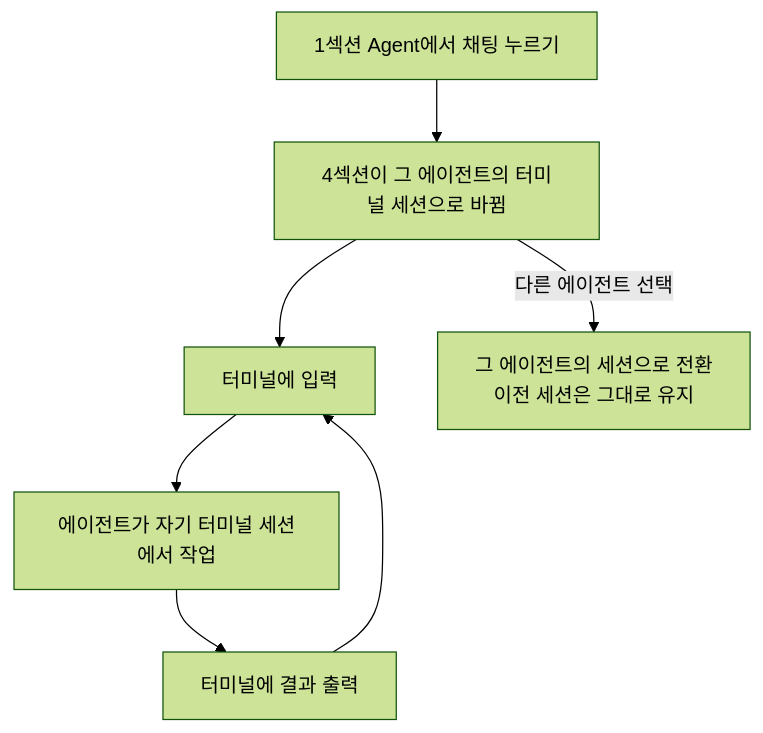
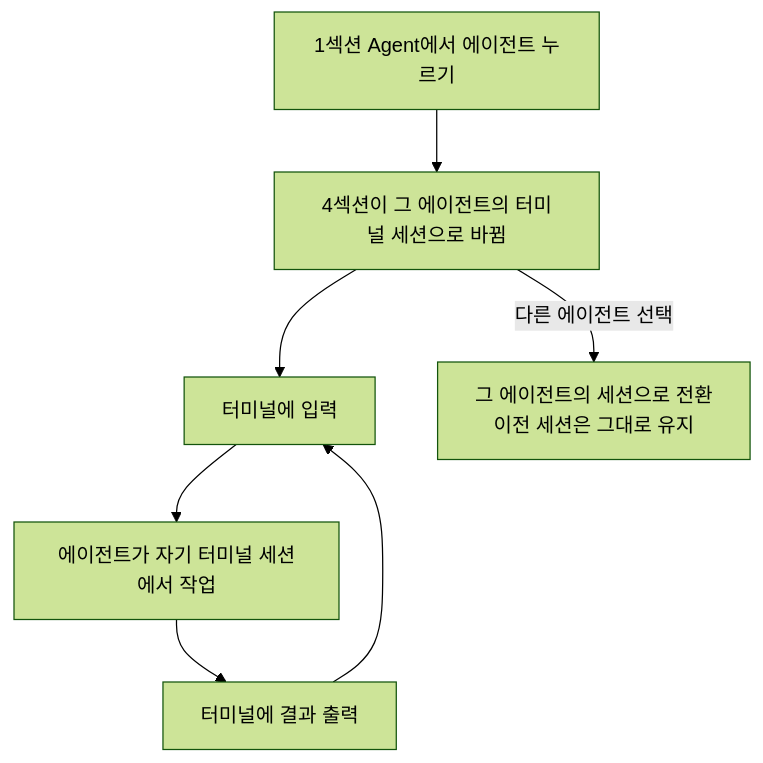
Before and after one commit to tnscjf3146/scheduler: the ninth of 9 diagrams in docs/user-flow.md, drawn with Mermaid (forest theme). The commit also changed other lines of this file and 2 other files, not shown here.

````diff
--- a/docs/user-flow.md
+++ b/docs/user-flow.md
@@ -145,8 +180,8 @@
 ```mermaid
 flowchart TD
-    Pick[1섹션 Agent에서 채팅 누르기] --> Panel[4섹션이 그 에이전트의 터미널 세션으로 바뀜]
+    Pick[1섹션 Agent에서 에이전트 누르기] --> Panel[4섹션이 그 에이전트의 터미널 세션으로 바뀜]
     Panel --> Send[터미널에 입력]
     Send --> Work[에이전트가 자기 터미널 세션에서 작업]
     Work --> Reply[터미널에 결과 출력] --> Send
     Panel -- 다른 에이전트 선택 --> Other[그 에이전트의 세션으로 전환<br/>이전 세션은 그대로 유지]
 ```
````
